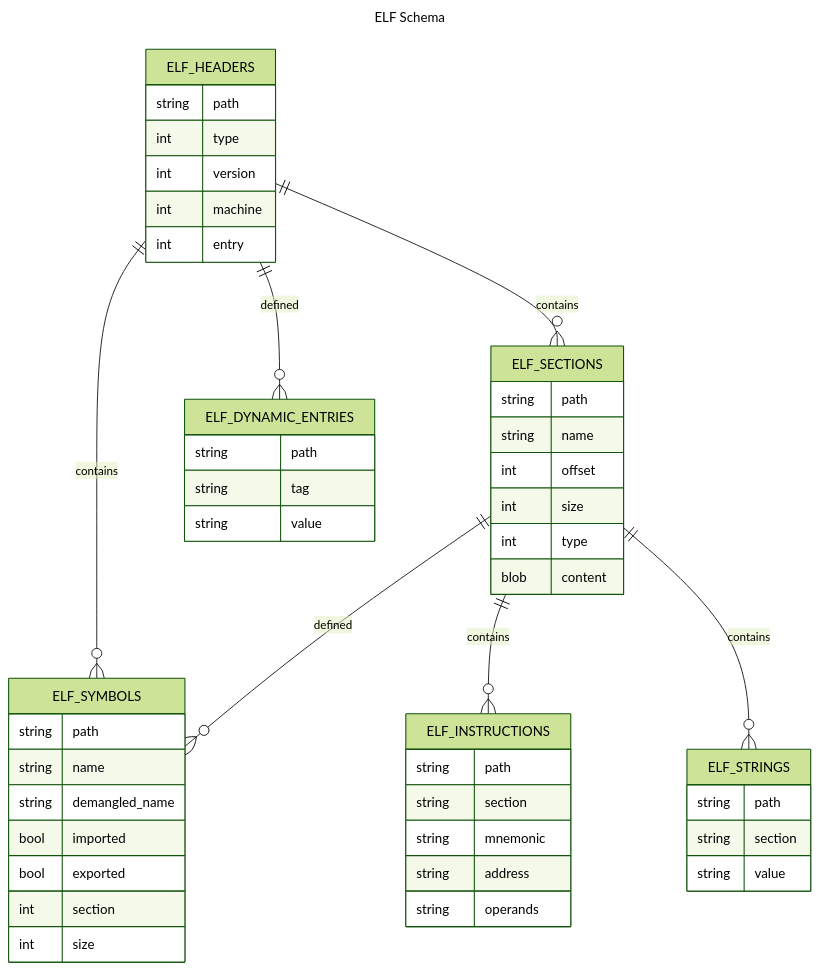
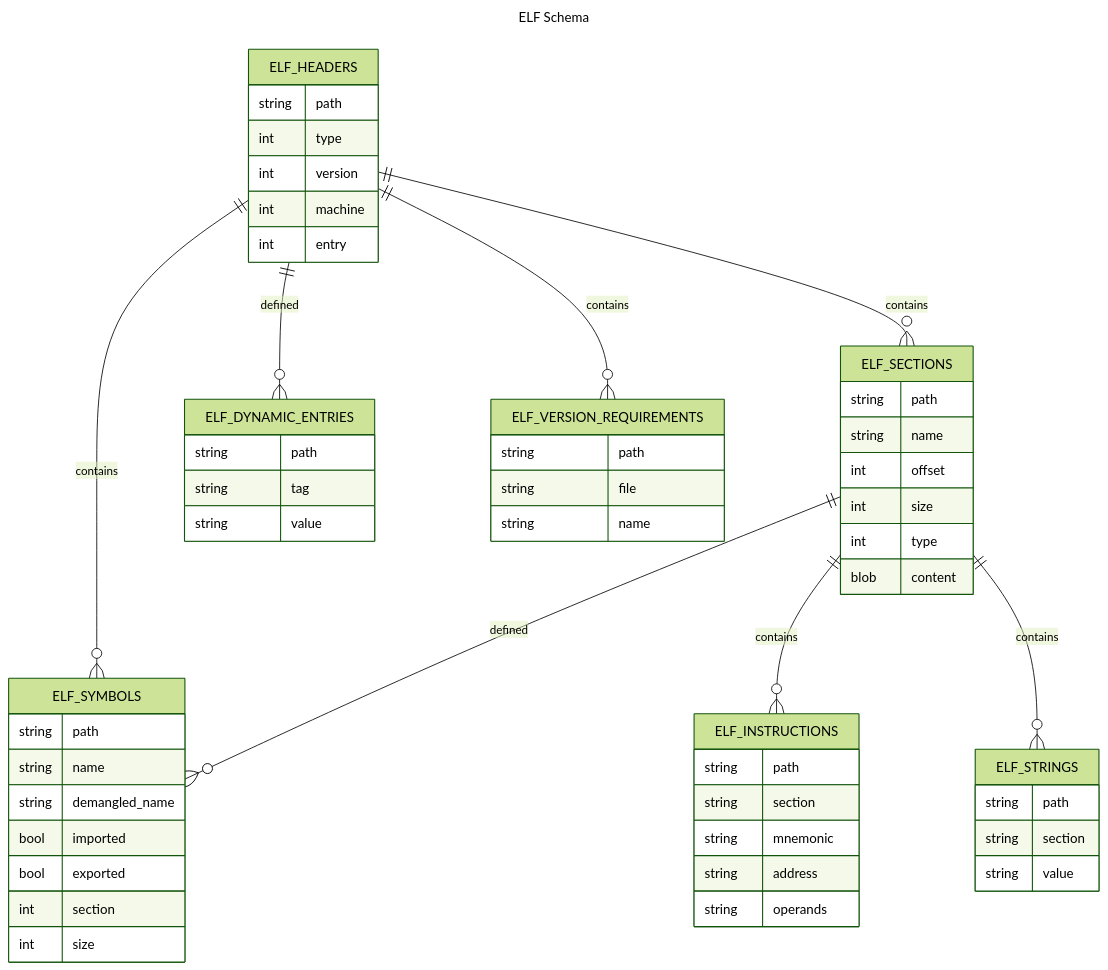
Before and after one commit to fzakaria/sqlelf: the diagram in README.md, drawn with Mermaid (forest theme).

Commit message:
Add version requirements to README

````diff
--- a/README.md
+++ b/README.md
@@ -16,53 +16,59 @@
 ```mermaid
 ---
 title: ELF Schema
 ---
 erDiagram
     ELF_HEADERS ||--o{ ELF_SECTIONS : contains
     ELF_HEADERS {
         string path
         int type
         int version
         int machine
         int entry
     }
     ELF_SECTIONS {
         string path
         string name
         int offset
         int size
         int type
         blob content
     }
     ELF_HEADERS ||--o{ ELF_SYMBOLS : contains
     ELF_SECTIONS ||--o{ ELF_SYMBOLS : defined
     ELF_SYMBOLS {
         string path
         string name
         string demangled_name
         bool imported
         bool exported
         int section
         int size
     }
     ELF_HEADERS ||--o{ ELF_DYNAMIC_ENTRIES : defined
     ELF_DYNAMIC_ENTRIES {
         string path
         string tag
         string value
     }
     ELF_SECTIONS ||--o{ ELF_INSTRUCTIONS : contains
     ELF_INSTRUCTIONS {
         string path
         string section
         string mnemonic
         string address
         string operands
     }
     ELF_SECTIONS ||--o{ ELF_STRINGS : contains
     ELF_STRINGS {
         string path
         string section
         string value
     }
+    ELF_HEADERS ||--o{ ELF_VERSION_REQUIREMENTS : contains
+    ELF_VERSION_REQUIREMENTS {
+        string path
+        string file
+        string name
+    }
 ```
````
